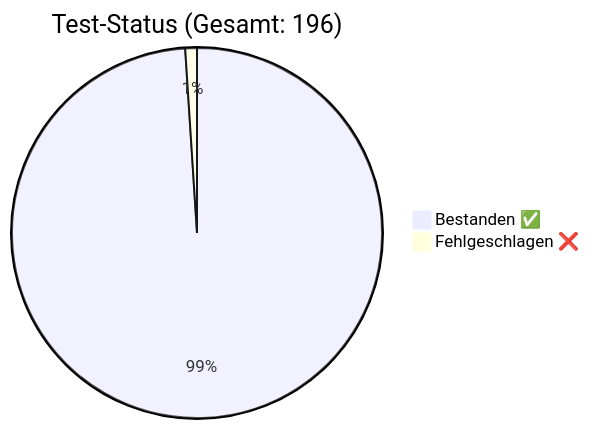
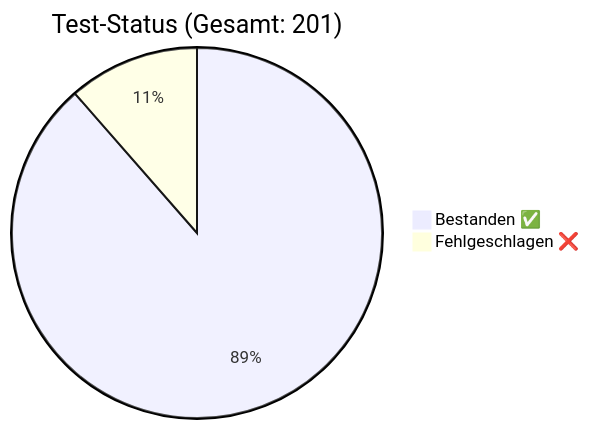
One commit to rorila/GCS changed the diagram in docs/QA_Report.md. Above: the diagram before and after it, drawn with Mermaid. The commit also changed other lines of this file and 15 other files, not shown here.

````diff
--- a/docs/QA_Report.md
+++ b/docs/QA_Report.md
@@ -7,5 +7,5 @@
 ```mermaid
-pie title Test-Status (Gesamt: 196)
-    "Bestanden ✅" : 194
-    "Fehlgeschlagen ❌" : 2
+pie title Test-Status (Gesamt: 201)
+    "Bestanden ✅" : 178
+    "Fehlgeschlagen ❌" : 23
 ```
````
